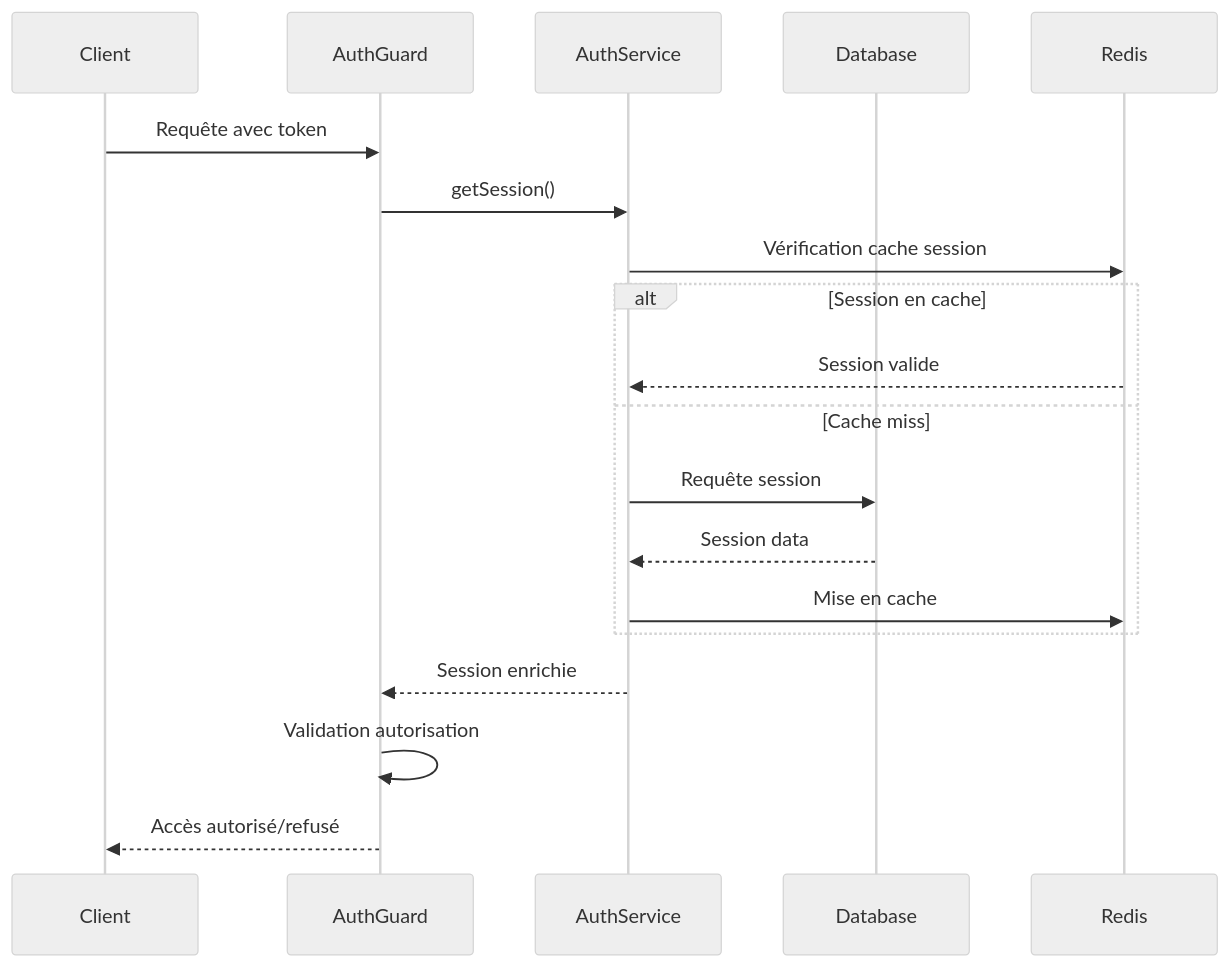
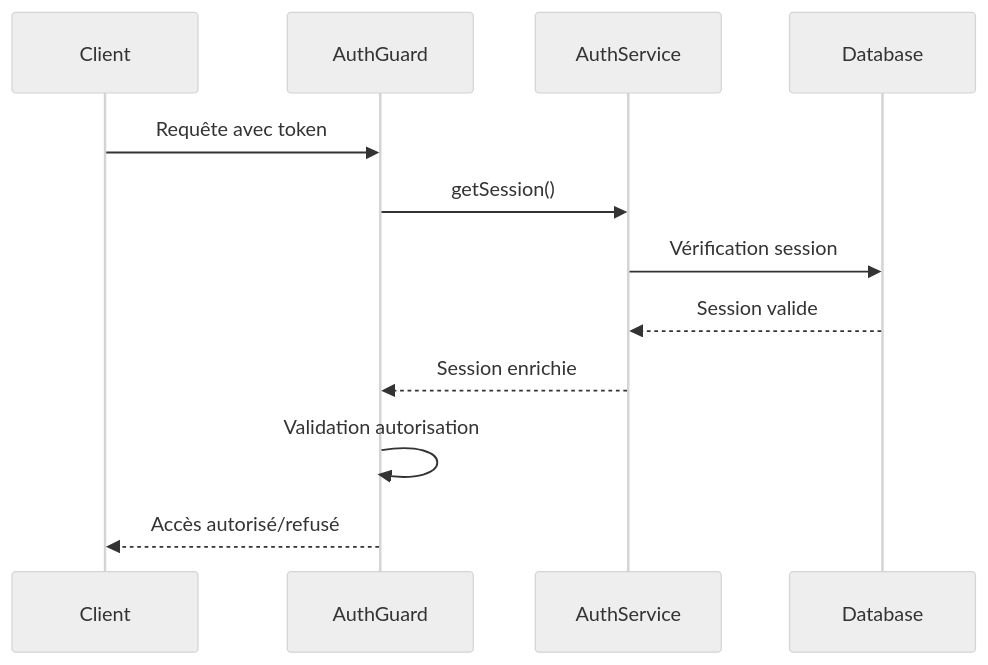
The third of 3 diagrams in src/content/docs/securite/authentification.md (Netsbump/dropit-documentation), drawn with Mermaid (neutral theme) before and after one commit. The commit also changed other lines of this file and 1 other file, not shown here.

````diff
--- a/src/content/docs/securite/authentification.md
+++ b/src/content/docs/securite/authentification.md
@@ -338,24 +383,17 @@
 ```mermaid
 sequenceDiagram
     participant Client
     participant AuthGuard
     participant AuthService
     participant Database
-    participant Redis
 
     Client->>AuthGuard: Requête avec token
     AuthGuard->>AuthService: getSession()
-    AuthService->>Redis: Vérification cache session
+    AuthService->>Database: Vérification session
     
-    alt Session en cache
-        Redis-->>AuthService: Session valide
-    else Cache miss
-        AuthService->>Database: Requête session
-        Database-->>AuthService: Session data
-        AuthService->>Redis: Mise en cache
-    end
+    Database-->>AuthService: Session valide
     
     AuthService-->>AuthGuard: Session enrichie
     AuthGuard->>AuthGuard: Validation autorisation
     AuthGuard-->>Client: Accès autorisé/refusé
 ```
````
